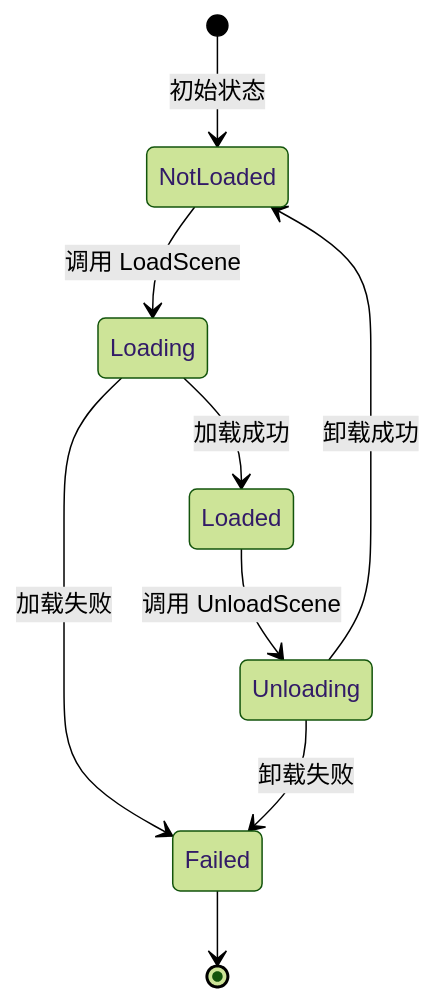
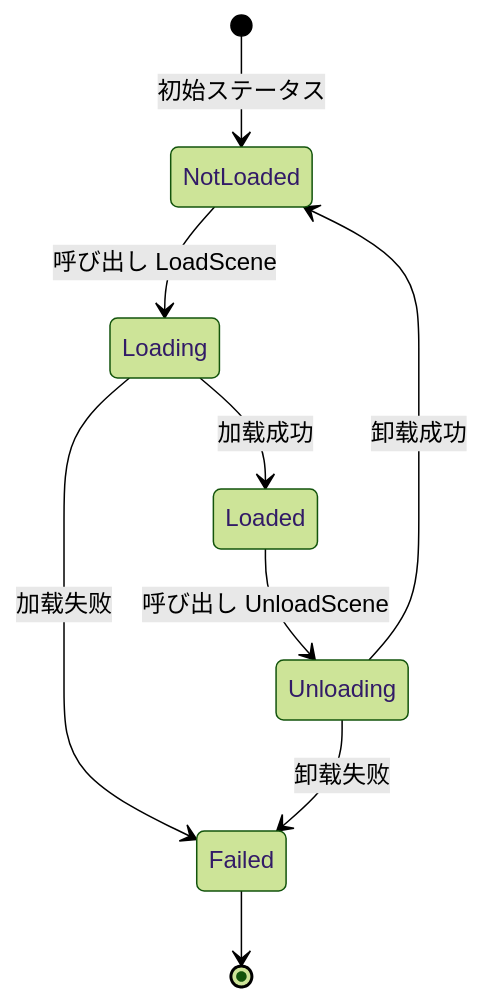
Before and after one commit to AlianBlank/GameFrameX.Docs: the fourth of 5 diagrams in docs/ja/client/unity/component/scene/04.features.md, drawn with Mermaid (forest theme). The commit also changed other lines of this file and 603 other files, not shown here.

````diff
--- a/docs/ja/client/unity/component/scene/04.features.md
+++ b/docs/ja/client/unity/component/scene/04.features.md
@@ -180,11 +180,11 @@
 ```mermaid
 stateDiagram-v2
-    [*] --> NotLoaded: 初始状态
-    NotLoaded --> Loading: 调用 LoadScene
+    [*] --> NotLoaded: 初始ステータス
+    NotLoaded --> Loading: 呼び出し LoadScene
     Loading --> Loaded: 加载成功
     Loading --> Failed: 加载失败
-    Loaded --> Unloading: 调用 UnloadScene
+    Loaded --> Unloading: 呼び出し UnloadScene
     Unloading --> NotLoaded: 卸载成功
     Unloading --> Failed: 卸载失败
     Failed --> [*]
 ```
````
